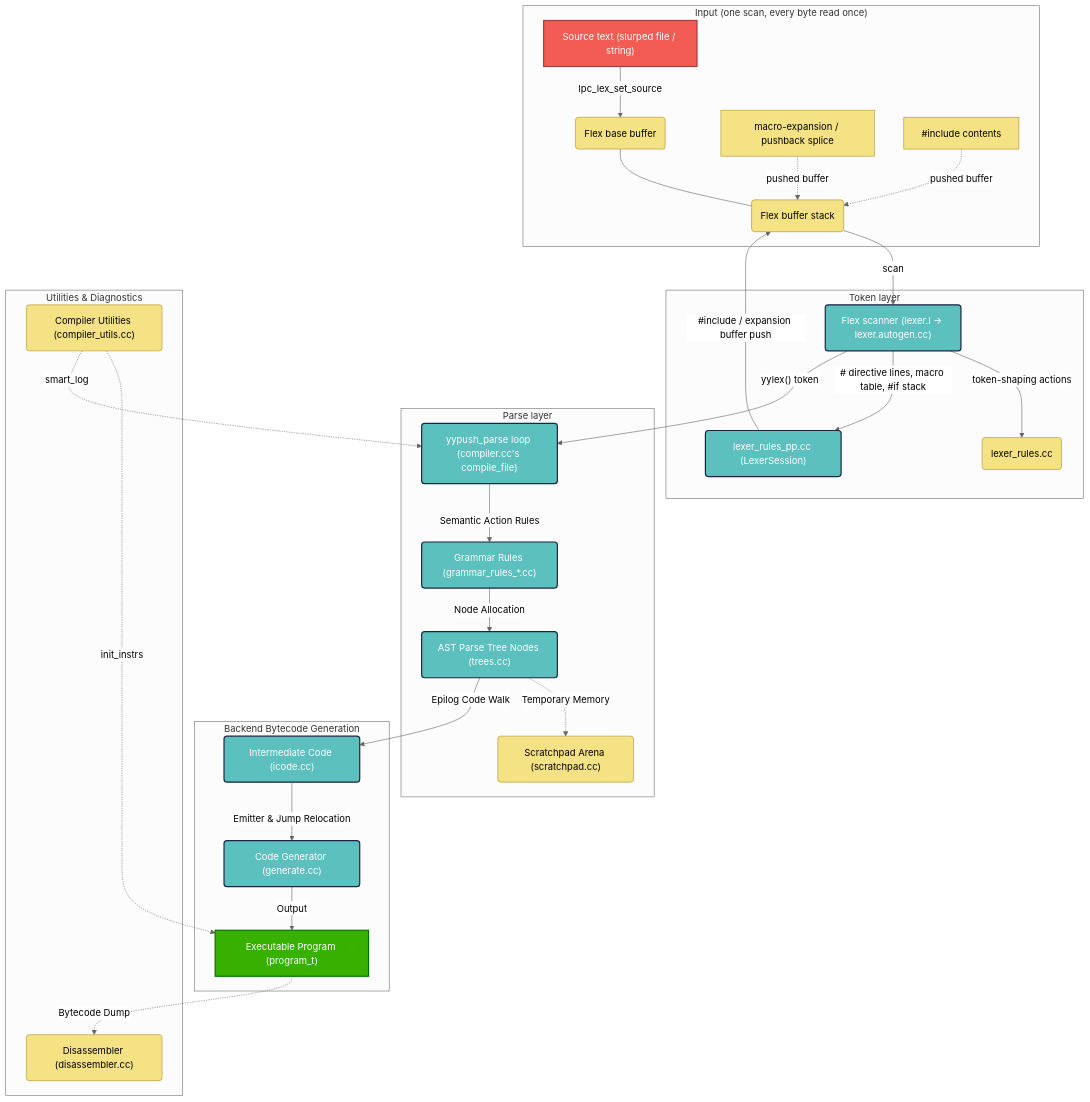
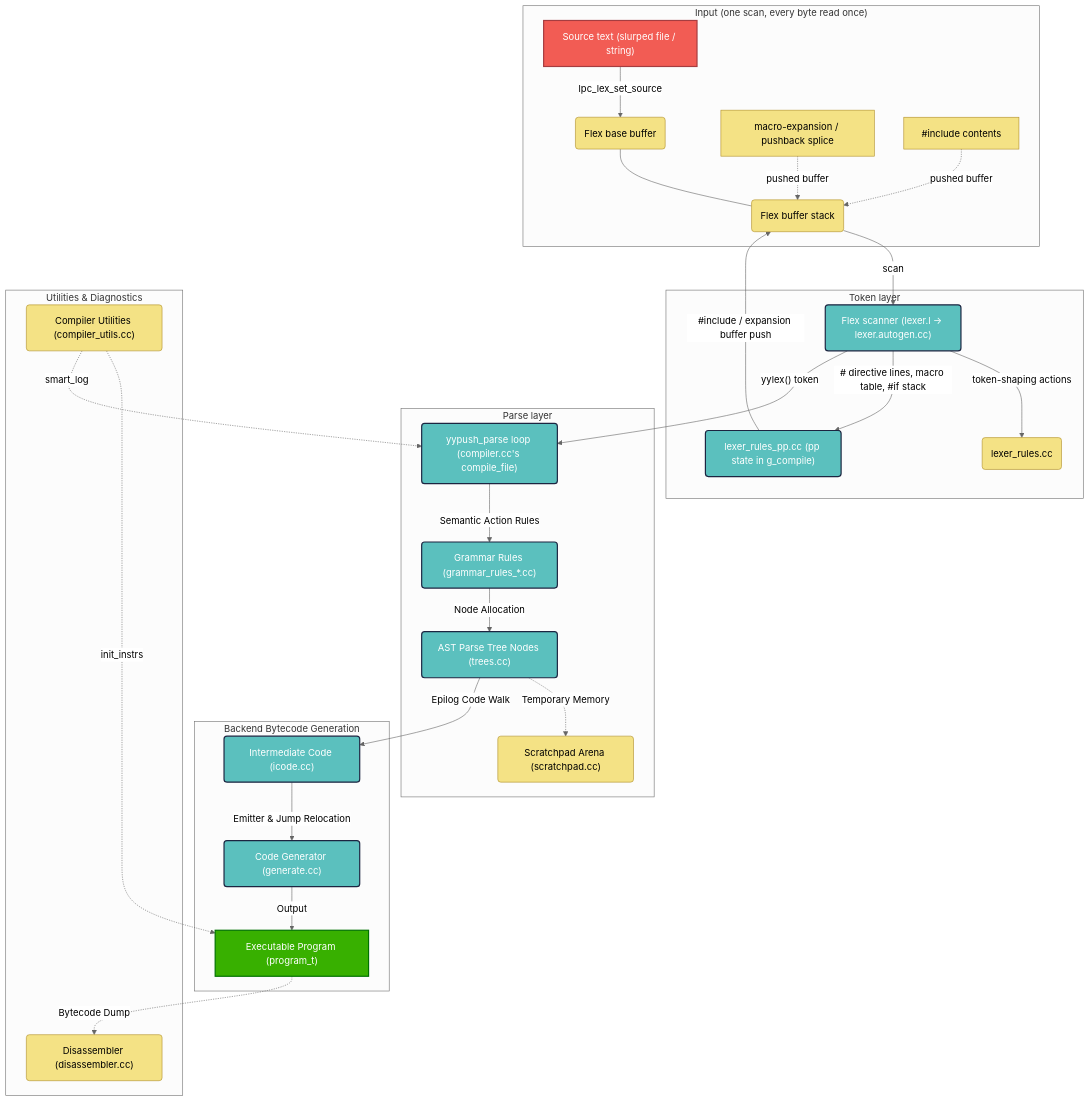
One commit to fluffos/fluffos changed the diagram in src/compiler/internal/README.md. Above: the diagram before and after it, drawn with Mermaid (neutral theme). The commit also changed other lines of this file and 8 other files, not shown here.

````diff
--- a/src/compiler/internal/README.md
+++ b/src/compiler/internal/README.md
@@ -11,45 +11,45 @@
 ```mermaid
 graph TB
     subgraph "Input (one scan, every byte read once)"
         A["Source text (slurped file / string)"] -->|lpc_lex_set_source| BASE("Flex base buffer")
         MACRO["macro-expansion / pushback splice"] -.->|pushed buffer| STACK("Flex buffer stack")
         INC["#include contents"] -.->|pushed buffer| STACK
         BASE --- STACK
     end
 
     subgraph "Token layer"
         STACK -->|scan| LEX("Flex scanner (lexer.l -> lexer.autogen.cc)")
         LEX -->|"token-shaping actions"| LR("lexer_rules.cc")
-        LEX -->|"# directive lines, macro table, #if stack"| LRPP("lexer_rules_pp.cc (LexerSession)")
+        LEX -->|"# directive lines, macro table, #if stack"| LRPP("lexer_rules_pp.cc (pp state in g_compile)")
         LRPP -->|"#include / expansion buffer push"| STACK
     end
 
     subgraph "Parse layer"
         LEX -->|"yylex() token"| PARSE("yypush_parse loop (compiler.cc's compile_file)")
         PARSE -->|Semantic Action Rules| GR("Grammar Rules (grammar_rules_*.cc)")
         GR -->|Node Allocation| TREE("AST Parse Tree Nodes (trees.cc)")
         TREE -.->|Temporary Memory| SCRATCH("Scratchpad Arena (scratchpad.cc)")
     end
 
     subgraph "Backend Bytecode Generation"
         TREE -->|Epilog Code Walk| ICODE("Intermediate Code (icode.cc)")
         ICODE -->|Emitter & Jump Relocation| GEN("Code Generator (generate.cc)")
         GEN -->|Output| PROG["Executable Program (program_t)"]
     end
 
     subgraph "Utilities & Diagnostics"
         PROG -.->|Bytecode Dump| DIS("Disassembler (disassembler.cc)")
         CU("Compiler Utilities (compiler_utils.cc)") -.->|init_instrs| PROG
         CU -.->|smart_log| PARSE
     end
 
     classDef main fill:#5bc0be,stroke:#1c2541,stroke-width:2px,color:#fff;
     classDef util fill:#f4e285,stroke:#b08e28,stroke-width:1px,color:#000;
     classDef start fill:#f25c54,stroke:#a63d40,stroke-width:2px,color:#fff;
     classDef result fill:#38b000,stroke:#007200,stroke-width:2px,color:#fff;
 
     class A start;
     class PROG result;
     class LEX,LRPP,PARSE,GR,TREE,ICODE,GEN main;
     class BASE,STACK,LR,MACRO,INC,SCRATCH,DIS,CU util;
 ```
````
